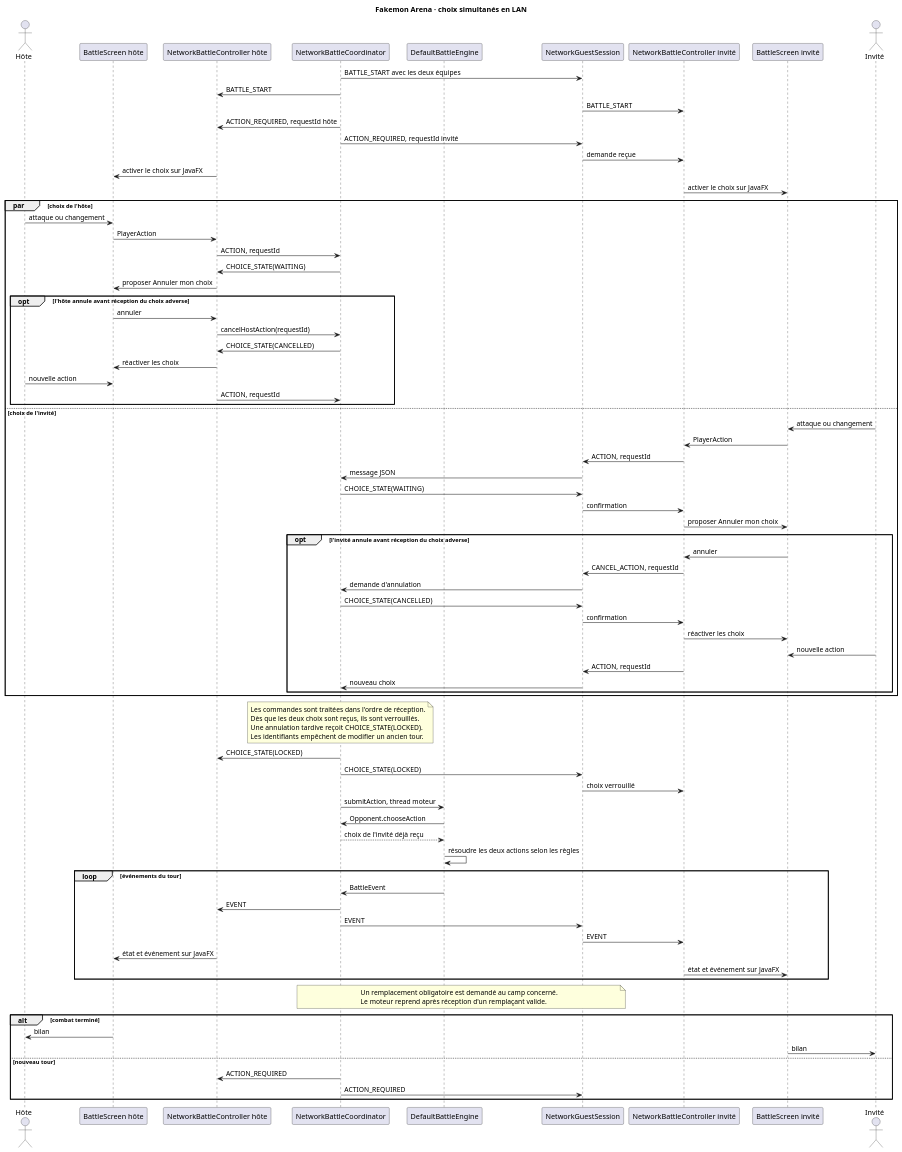
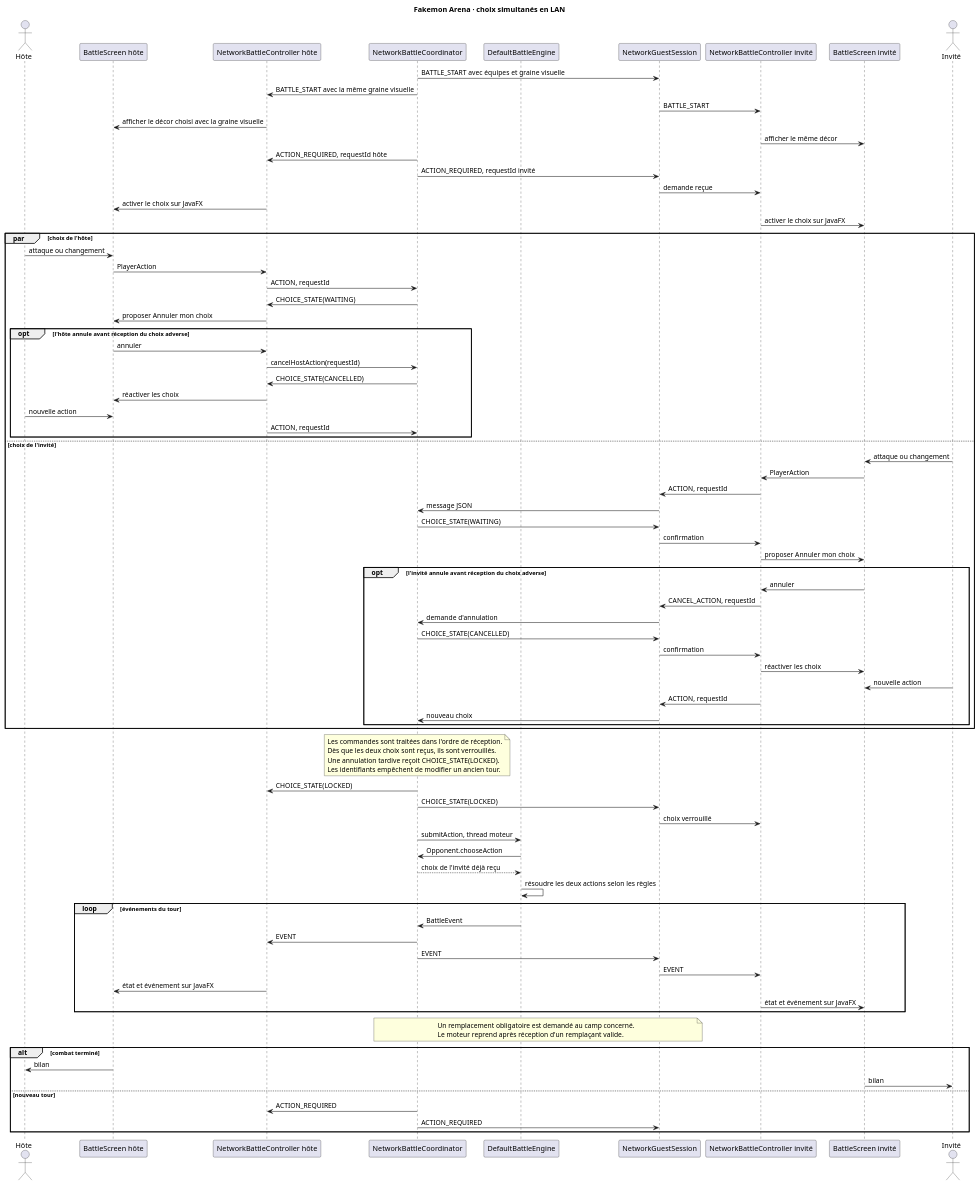
Before and after one commit to OnerAliCan/fakemon-arena: the diagram in docs/uml/sequence-lan.puml, drawn with PlantUML. The commit also changed 12 other files, not shown here.

```diff
--- a/docs/uml/sequence-lan.puml
+++ b/docs/uml/sequence-lan.puml
@@ -1,93 +1,95 @@
 @startuml sequence-lan
 skinparam dpi 110
 skinparam shadowing false
 skinparam defaultFontName "Segoe UI"
 title Fakemon Arena · choix simultanés en LAN
 actor Hôte
 participant "BattleScreen hôte" as HostUI
 participant "NetworkBattleController hôte" as HostController
 participant "NetworkBattleCoordinator" as Coordinator
 participant "DefaultBattleEngine" as Engine
 participant "NetworkGuestSession" as Guest
 participant "NetworkBattleController invité" as GuestController
 participant "BattleScreen invité" as GuestUI
 actor Invité
 
-Coordinator -> Guest : BATTLE_START avec les deux équipes
-Coordinator -> HostController : BATTLE_START
+Coordinator -> Guest : BATTLE_START avec équipes et graine visuelle
+Coordinator -> HostController : BATTLE_START avec la même graine visuelle
 Guest -> GuestController : BATTLE_START
+HostController -> HostUI : afficher le décor choisi avec la graine visuelle
+GuestController -> GuestUI : afficher le même décor
 Coordinator -> HostController : ACTION_REQUIRED, requestId hôte
 Coordinator -> Guest : ACTION_REQUIRED, requestId invité
 Guest -> GuestController : demande reçue
 HostController -> HostUI : activer le choix sur JavaFX
 GuestController -> GuestUI : activer le choix sur JavaFX
 
 par choix de l'hôte
   Hôte -> HostUI : attaque ou changement
   HostUI -> HostController : PlayerAction
   HostController -> Coordinator : ACTION, requestId
   Coordinator -> HostController : CHOICE_STATE(WAITING)
   HostController -> HostUI : proposer Annuler mon choix
   opt l'hôte annule avant réception du choix adverse
     HostUI -> HostController : annuler
     HostController -> Coordinator : cancelHostAction(requestId)
     Coordinator -> HostController : CHOICE_STATE(CANCELLED)
     HostController -> HostUI : réactiver les choix
     Hôte -> HostUI : nouvelle action
     HostController -> Coordinator : ACTION, requestId
   end
 else choix de l'invité
   Invité -> GuestUI : attaque ou changement
   GuestUI -> GuestController : PlayerAction
   GuestController -> Guest : ACTION, requestId
   Guest -> Coordinator : message JSON
   Coordinator -> Guest : CHOICE_STATE(WAITING)
   Guest -> GuestController : confirmation
   GuestController -> GuestUI : proposer Annuler mon choix
   opt l'invité annule avant réception du choix adverse
     GuestUI -> GuestController : annuler
     GuestController -> Guest : CANCEL_ACTION, requestId
     Guest -> Coordinator : demande d'annulation
     Coordinator -> Guest : CHOICE_STATE(CANCELLED)
     Guest -> GuestController : confirmation
     GuestController -> GuestUI : réactiver les choix
     Invité -> GuestUI : nouvelle action
     GuestController -> Guest : ACTION, requestId
     Guest -> Coordinator : nouveau choix
   end
 end
 
 note over Coordinator
   Les commandes sont traitées dans l'ordre de réception.
   Dès que les deux choix sont reçus, ils sont verrouillés.
   Une annulation tardive reçoit CHOICE_STATE(LOCKED).
   Les identifiants empêchent de modifier un ancien tour.
 end note
 
 Coordinator -> HostController : CHOICE_STATE(LOCKED)
 Coordinator -> Guest : CHOICE_STATE(LOCKED)
 Guest -> GuestController : choix verrouillé
 Coordinator -> Engine : submitAction, thread moteur
 Engine -> Coordinator : Opponent.chooseAction
 Coordinator --> Engine : choix de l'invité déjà reçu
 Engine -> Engine : résoudre les deux actions selon les règles
 loop événements du tour
   Engine -> Coordinator : BattleEvent
   Coordinator -> HostController : EVENT
   Coordinator -> Guest : EVENT
   Guest -> GuestController : EVENT
   HostController -> HostUI : état et événement sur JavaFX
   GuestController -> GuestUI : état et événement sur JavaFX
 end
 note over Coordinator, Guest
   Un remplacement obligatoire est demandé au camp concerné.
   Le moteur reprend après réception d'un remplaçant valide.
 end note
 alt combat terminé
   HostUI -> Hôte : bilan
   GuestUI -> Invité : bilan
 else nouveau tour
   Coordinator -> HostController : ACTION_REQUIRED
   Coordinator -> Guest : ACTION_REQUIRED
 end
 @enduml
```
